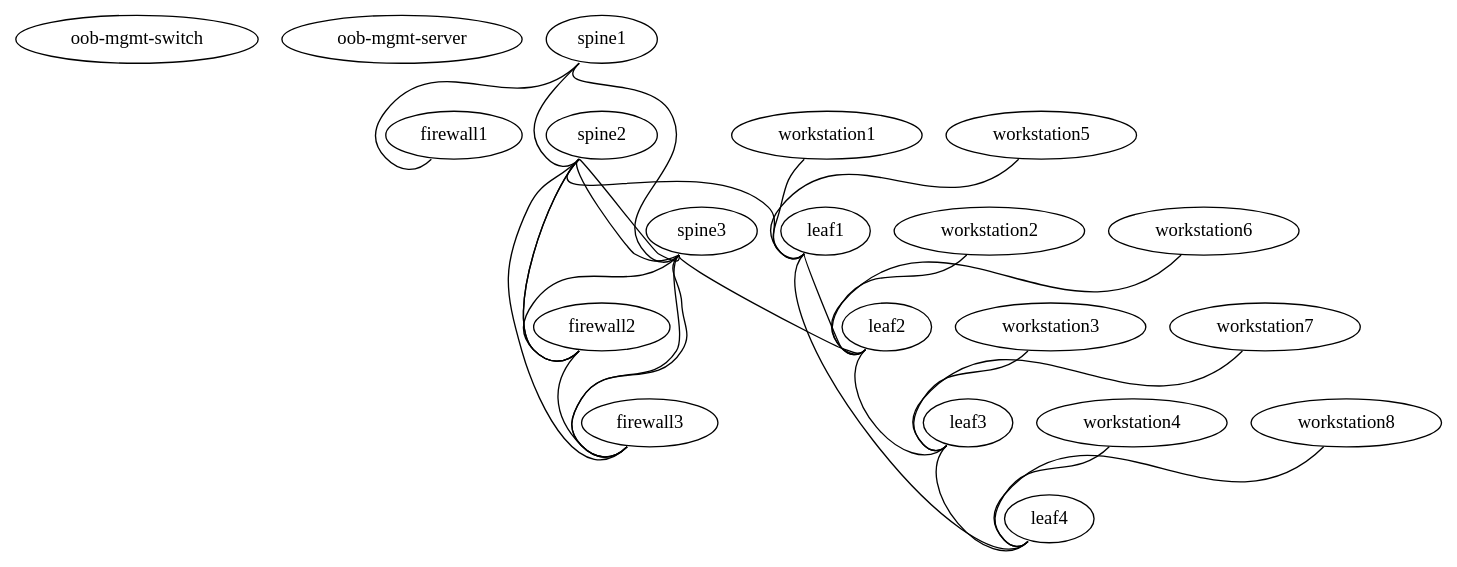
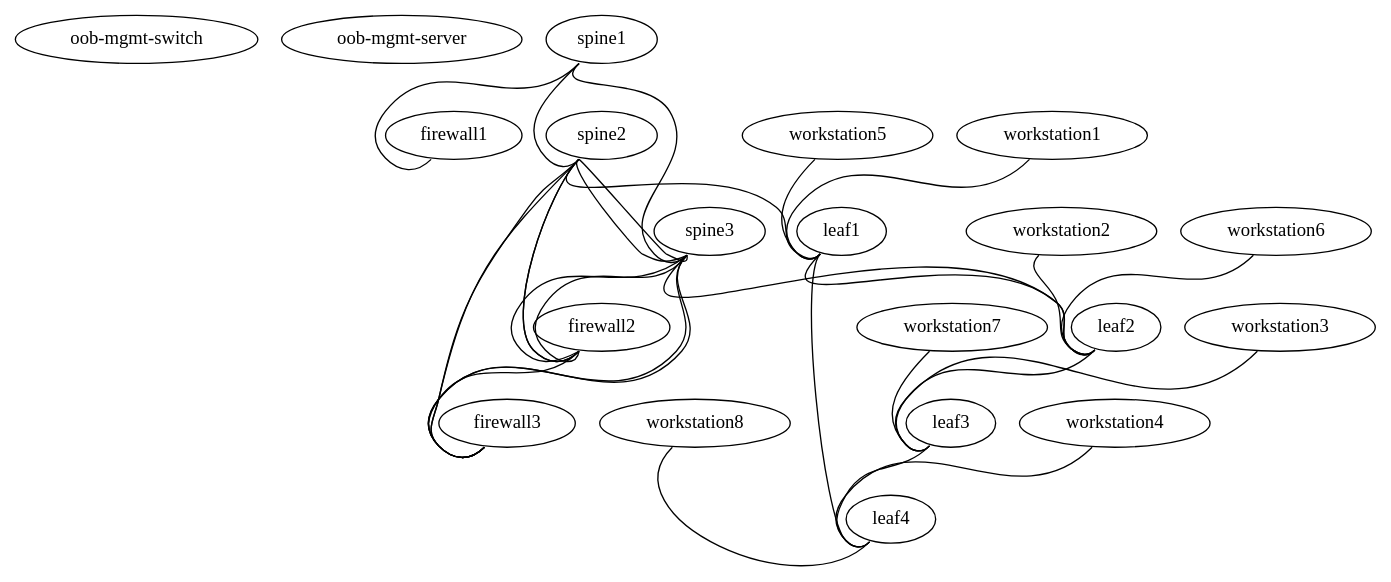
The diagram in demo.dot (naturalis/oss-network-demo), drawn with Graphviz before and after one commit.

Commit message:
MLAG on WAN added swp6 for wan

```diff
--- a/demo.dot
+++ b/demo.dot
@@ -1,59 +1,61 @@
 graph demo {
  "oob-mgmt-switch" [function="oob-switch" config="./helper_scripts/oob_switch_config.sh" mgmt_ip="192.168.200.100"]
  "oob-mgmt-server" [function="oob-server" mgmt_ip="192.168.200.254/24"]
 
  "firewall1" [function="fake"]
  "firewall2" [function="fake"]
  "firewall3" [function="fake"]
  "workstation1" [function="fake"]
  "workstation2" [function="fake"]
  "workstation3" [function="fake"]
  "workstation4" [function="fake"]
  "workstation5" [function="fake"]
  "workstation6" [function="fake"]
  "workstation7" [function="fake"]
  "workstation8" [function="fake"]
  
  "spine1" [function="spine" config="./helper_scripts/extra_switch_config.sh" mgmt_ip="192.168.200.1"]
  "spine2" [function="spine" config="./helper_scripts/extra_switch_config.sh" mgmt_ip="192.168.200.2"]
  "spine3" [function="spine" config="./helper_scripts/extra_switch_config.sh" mgmt_ip="192.168.200.3"]
   
  "leaf1" [function="leaf" config="./helper_scripts/extra_switch_config.sh" mgmt_ip="192.168.200.10"]
  "leaf2" [function="leaf" config="./helper_scripts/extra_switch_config.sh" mgmt_ip="192.168.200.20"]
  "leaf3" [function="leaf" config="./helper_scripts/extra_switch_config.sh" mgmt_ip="192.168.200.30"]
  "leaf4" [function="leaf" config="./helper_scripts/extra_switch_config.sh" mgmt_ip="192.168.200.40"]
 
    "spine1":"swp52" -- "firewall1":"swp1"
    "spine1":"swp1" -- "spine2":"swp52"
    "spine1":"swp2" -- "spine3":"swp52"
    
    "spine2":"swp45" -- "firewall2":"swp2"
    "spine2":"swp46" -- "firewall2":"swp3"
    "spine2":"swp47" -- "firewall3":"swp5"
+   "spine2":"swp48" -- "firewall3":"swp6"
       
-   "spine3":"swp45" -- "firewall3":"swp2"
+   "spine3":"swp45" -- "firewall2":"swp6"
    "spine3":"swp46" -- "firewall2":"swp5"
    "spine3":"swp47" -- "firewall3":"swp3"
-   
+   "spine3":"swp48" -- "firewall3":"swp2"
+
    "firewall2":"swp4" -- "firewall3":"swp4"
 
    "spine2":"swp49" -- "spine3":"swp49"
    "spine2":"swp50" -- "spine3":"swp50"
 
    "spine2":"swp1" -- "leaf1":"swp52"
    "spine3":"swp1" -- "leaf2":"swp52"
 
    "leaf1":"swp50" -- "leaf2":"swp50"
    "leaf3":"swp50" -- "leaf4":"swp50"
    "leaf1":"swp49" -- "leaf4":"swp52"
    "leaf2":"swp49" -- "leaf3":"swp52"
    
    "workstation1":"swp1" -- "leaf1":"swp1"
    "workstation2":"swp1" -- "leaf2":"swp1"
    "workstation3":"swp1" -- "leaf3":"swp1"
    "workstation4":"swp1" -- "leaf4":"swp1"
    "workstation5":"swp1" -- "leaf1":"swp2"
    "workstation6":"swp1" -- "leaf2":"swp2"
    "workstation7":"swp1" -- "leaf3":"swp2"
    "workstation8":"swp1" -- "leaf4":"swp2"
 }
```
